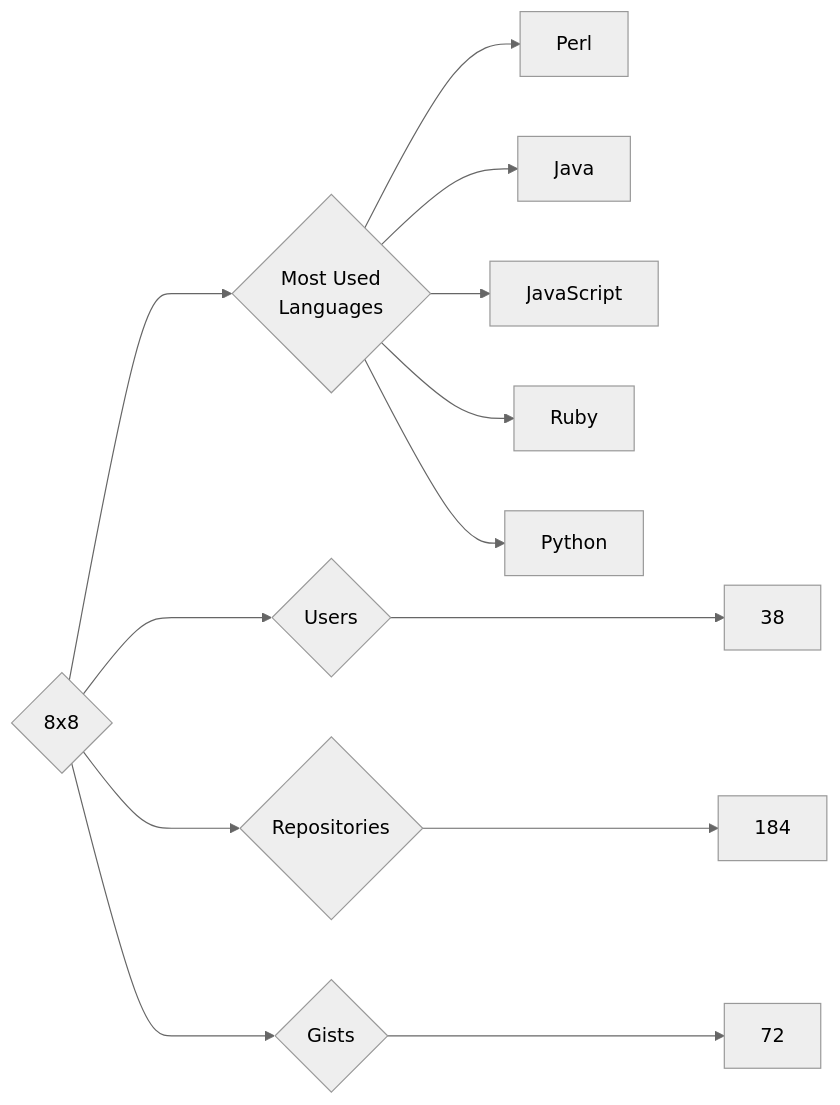
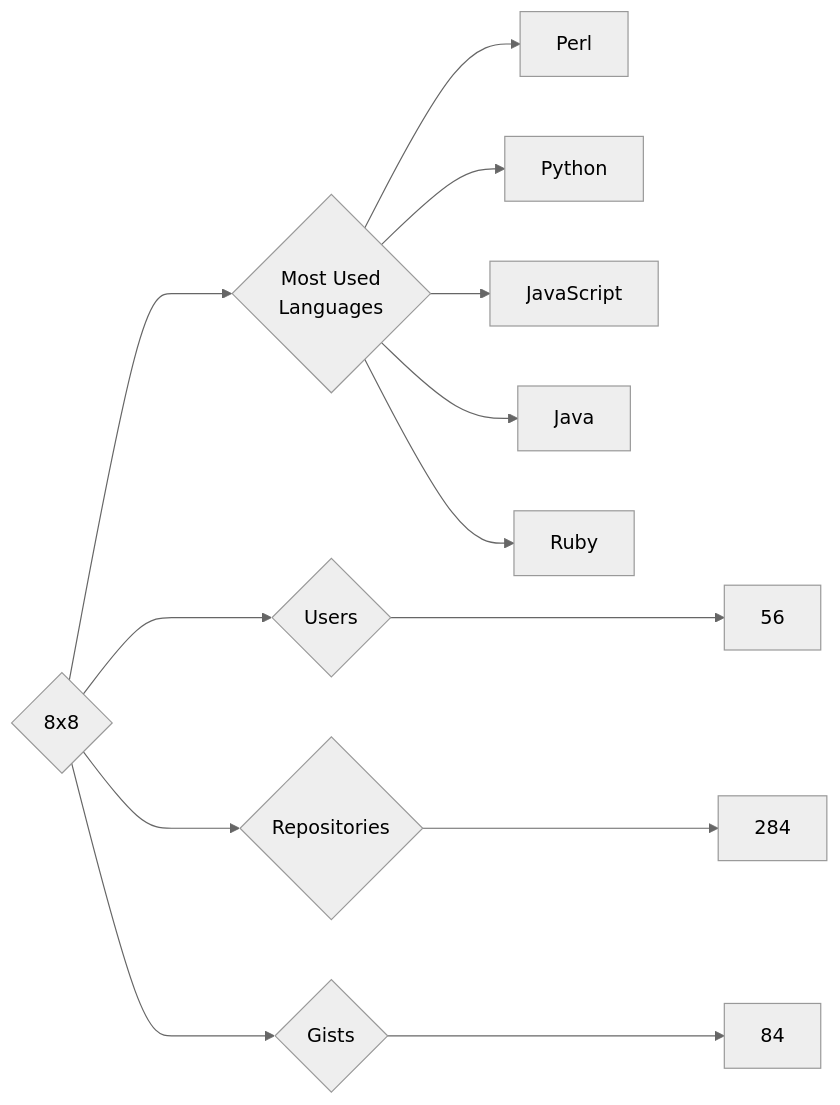
Before and after one commit to trickest/insiders: the diagram in targets/8x8/README.md, drawn with Mermaid (neutral theme). The commit also changed 749 other files, not shown here.

````diff
--- a/targets/8x8/README.md
+++ b/targets/8x8/README.md
@@ -3,13 +3,13 @@
 ```mermaid
 graph LR
 COMPANY_NAME{8x8}
-COMPANY_NAME ---> U{Users} ---> UN[38]
-COMPANY_NAME ---> R{Repositories} ---> RN[184]
-COMPANY_NAME ---> G{Gists} ---> GN[72]
+COMPANY_NAME ---> U{Users} ---> UN[56]
+COMPANY_NAME ---> R{Repositories} ---> RN[284]
+COMPANY_NAME ---> G{Gists} ---> GN[84]
 COMPANY_NAME ---> ML{Most Used<br>Languages}
 ML --> Perl[Perl]
+ML --> Python[Python]
+ML --> JavaScript[JavaScript]
 ML --> Java[Java]
-ML --> JavaScript[JavaScript]
 ML --> Ruby[Ruby]
-ML --> Python[Python]
 ```
````
